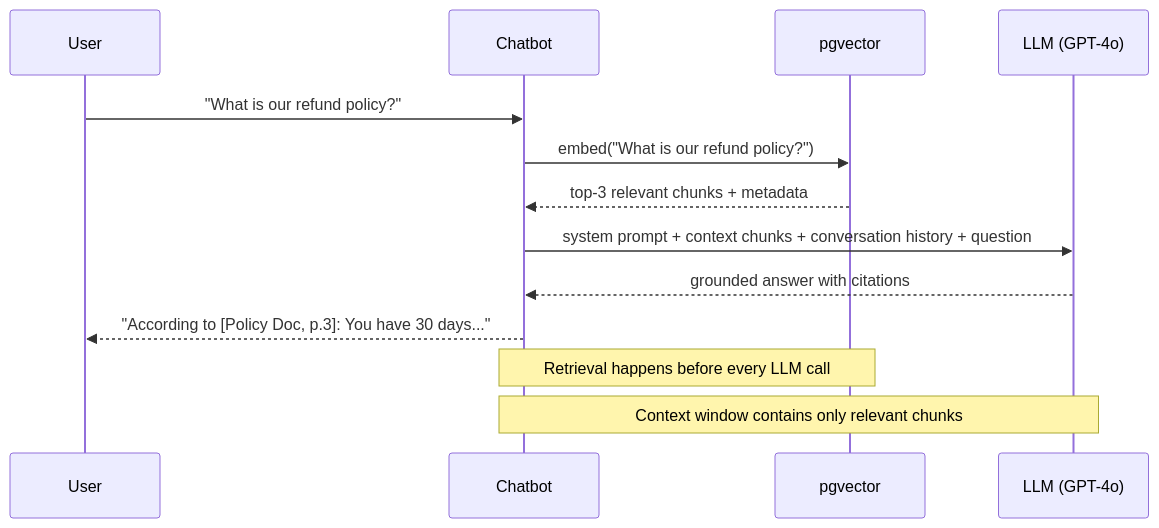
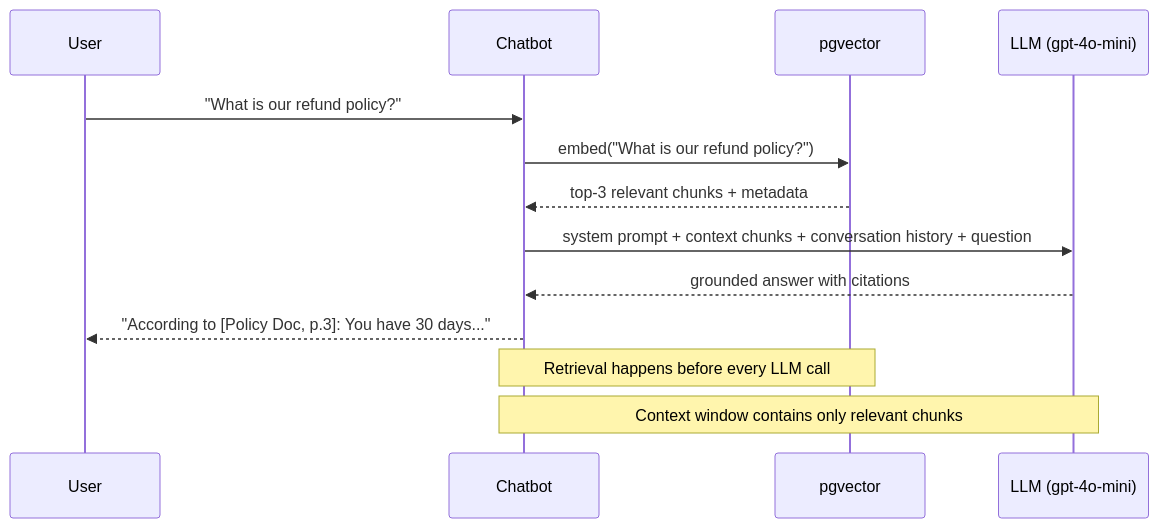
One commit to akshkr/akashnotes changed the first of 2 diagrams in Phase_2_RAG_and_Tool_Calling/Day_034_capstone_rag_chatbot/capstone_rag_chatbot.md. Above: the diagram before and after it, drawn with Mermaid. The commit also changed other lines of this file and 95 other files, not shown here.

````diff
--- a/Phase_2_RAG_and_Tool_Calling/Day_034_capstone_rag_chatbot/capstone_rag_chatbot.md
+++ b/Phase_2_RAG_and_Tool_Calling/Day_034_capstone_rag_chatbot/capstone_rag_chatbot.md
@@ -24,17 +26,17 @@
 ```mermaid
 sequenceDiagram
     participant U as User
     participant C as Chatbot
     participant V as pgvector
-    participant L as LLM (GPT-4o)
+    participant L as LLM (gpt-4o-mini)
 
     U->>C: "What is our refund policy?"
     C->>V: embed("What is our refund policy?")
     V-->>C: top-3 relevant chunks + metadata
     C->>L: system prompt + context chunks + conversation history + question
     L-->>C: grounded answer with citations
     C-->>U: "According to [Policy Doc, p.3]: You have 30 days..."
 
     Note over C,V: Retrieval happens before every LLM call
     Note over C,L: Context window contains only relevant chunks
 ```
````
